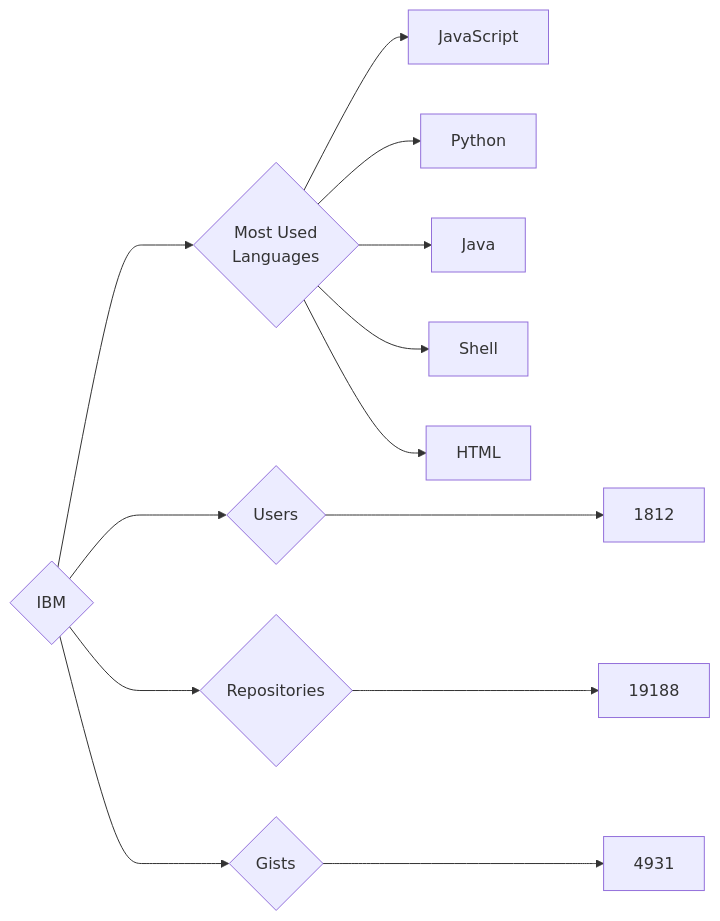
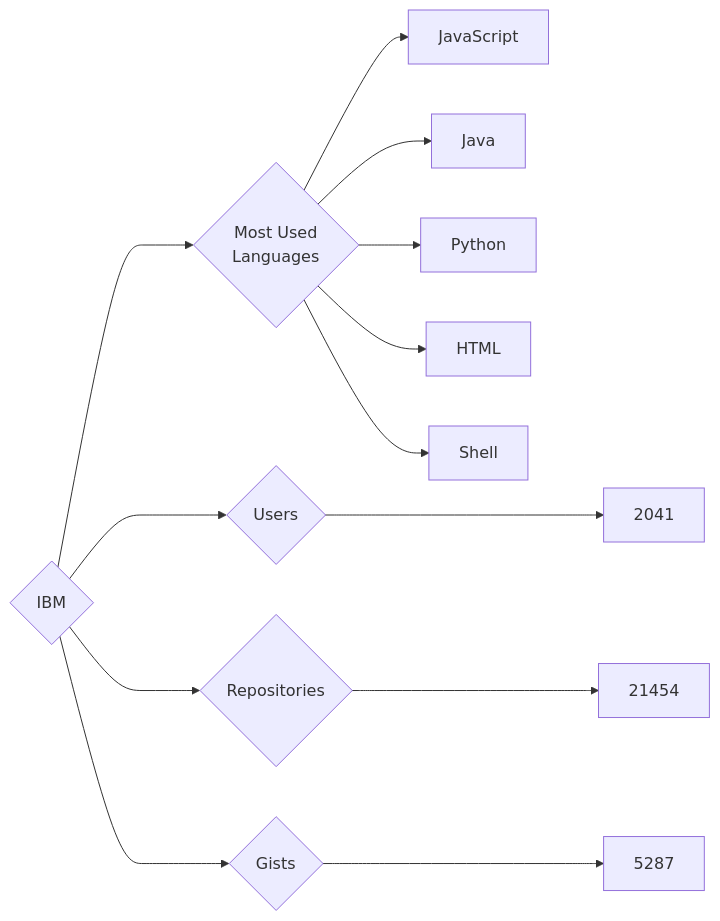
Before and after one commit to trickest/insiders: the diagram in targets/IBM/README.md, drawn with Mermaid. The commit also changed 569 other files, not shown here.

````diff
--- a/targets/IBM/README.md
+++ b/targets/IBM/README.md
@@ -3,13 +3,13 @@
 ```mermaid
 graph LR
 COMPANY_NAME{IBM}
-COMPANY_NAME ---> U{Users} ---> UN[1812]
-COMPANY_NAME ---> R{Repositories} ---> RN[19188]
-COMPANY_NAME ---> G{Gists} ---> GN[4931]
+COMPANY_NAME ---> U{Users} ---> UN[2041]
+COMPANY_NAME ---> R{Repositories} ---> RN[21454]
+COMPANY_NAME ---> G{Gists} ---> GN[5287]
 COMPANY_NAME ---> ML{Most Used<br>Languages}
 ML --> JavaScript[JavaScript]
+ML --> Java[Java]
 ML --> Python[Python]
-ML --> Java[Java]
+ML --> HTML[HTML]
 ML --> Shell[Shell]
-ML --> HTML[HTML]
 ```
````
